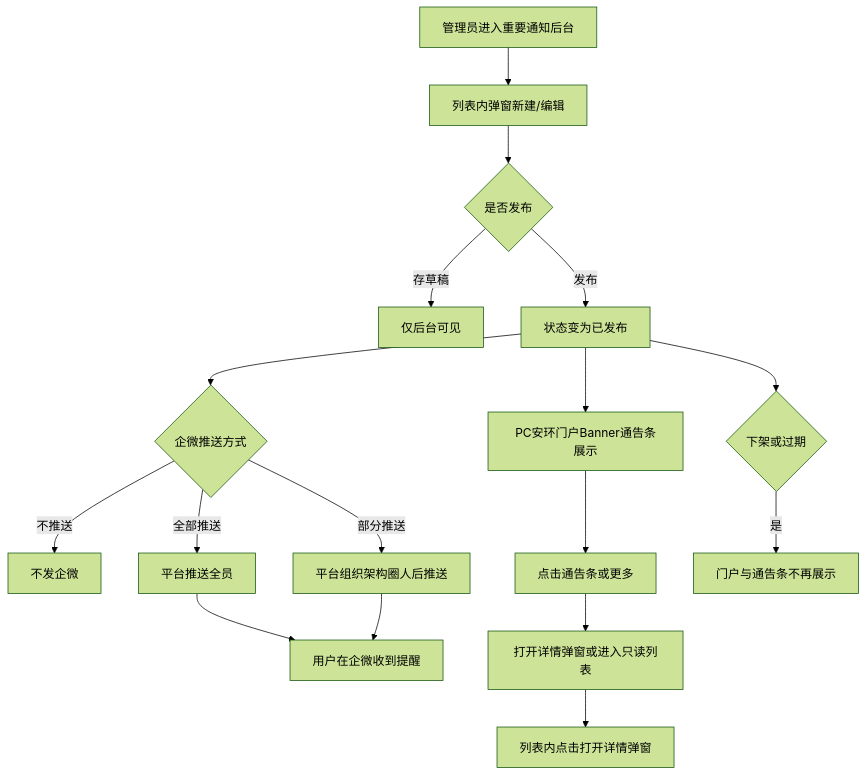
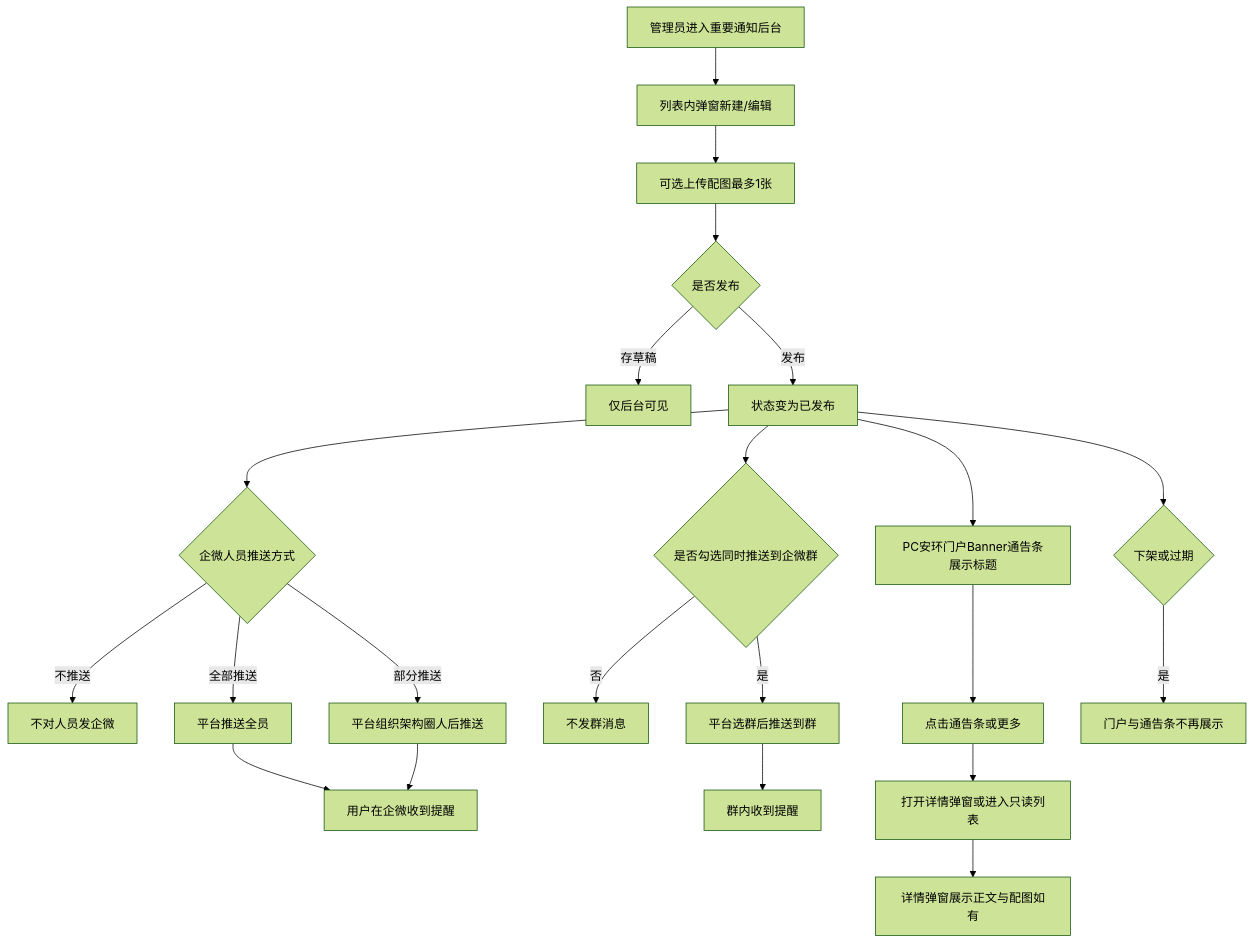
One commit to liaoliao66/SES changed the third of 11 diagrams in docs/versions/v1.1.0/prd.md. Above: the diagram before and after it, drawn with Mermaid (forest theme). The commit also changed other lines of this file and 19 other files, not shown here.

First line of the commit message:
feat: v1.1.0 企微首页/危险作业/防堆砌，重要通知配图与推群，基础配置推送设置

````diff
--- a/docs/versions/v1.1.0/prd.md
+++ b/docs/versions/v1.1.0/prd.md
@@ -240,19 +315,24 @@
 ```mermaid
 flowchart TD
   A[管理员进入重要通知后台] --> B[列表内弹窗新建/编辑]
-  B --> C{是否发布}
+  B --> B2[可选上传配图最多1张]
+  B2 --> C{是否发布}
   C -->|存草稿| D[仅后台可见]
   C -->|发布| E[状态变为已发布]
-  E --> F[PC安环门户Banner通告条展示]
-  E --> G{企微推送方式}
-  G -->|不推送| G0[不发企微]
+  E --> F[PC安环门户Banner通告条展示标题]
+  E --> G{企微人员推送方式}
+  G -->|不推送| G0[不对人员发企微]
   G -->|全部推送| G1[平台推送全员]
   G -->|部分推送| G2[平台组织架构圈人后推送]
+  E --> Q{是否勾选同时推送到企微群}
+  Q -->|否| Q0[不发群消息]
+  Q -->|是| Q1[平台选群后推送到群]
   G1 --> H[用户在企微收到提醒]
   G2 --> H
+  Q1 --> H2[群内收到提醒]
   F --> I[点击通告条或更多]
   I --> J[打开详情弹窗或进入只读列表]
-  J --> J2[列表内点击打开详情弹窗]
+  J --> J2[详情弹窗展示正文与配图如有]
   E --> K{下架或过期}
   K -->|是| L[门户与通告条不再展示]
 ```
````
